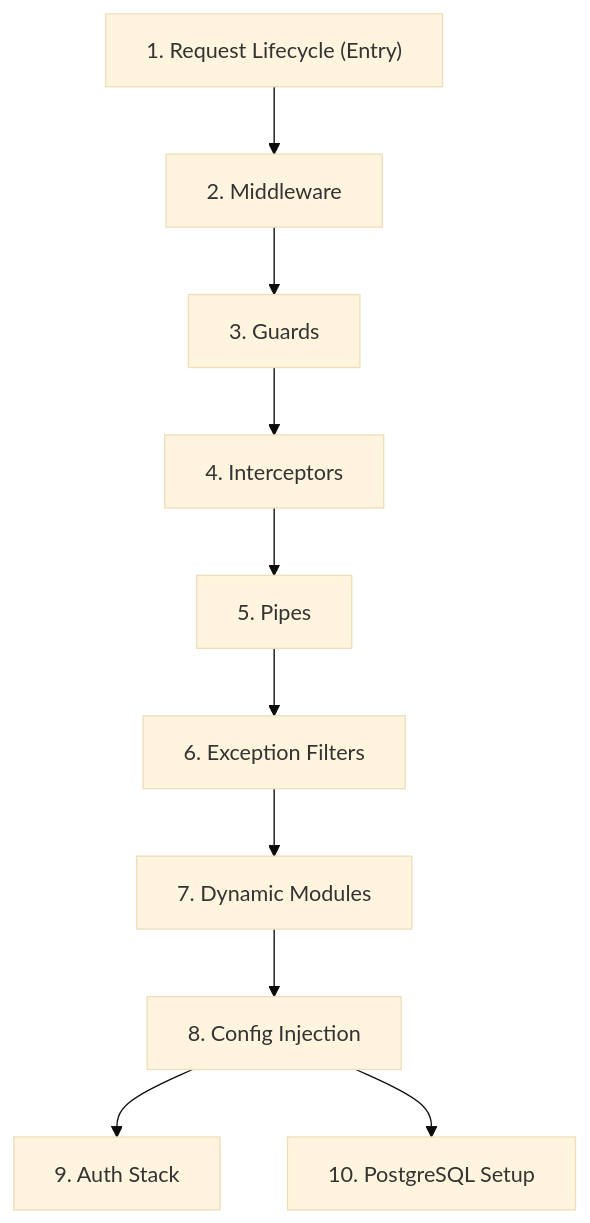
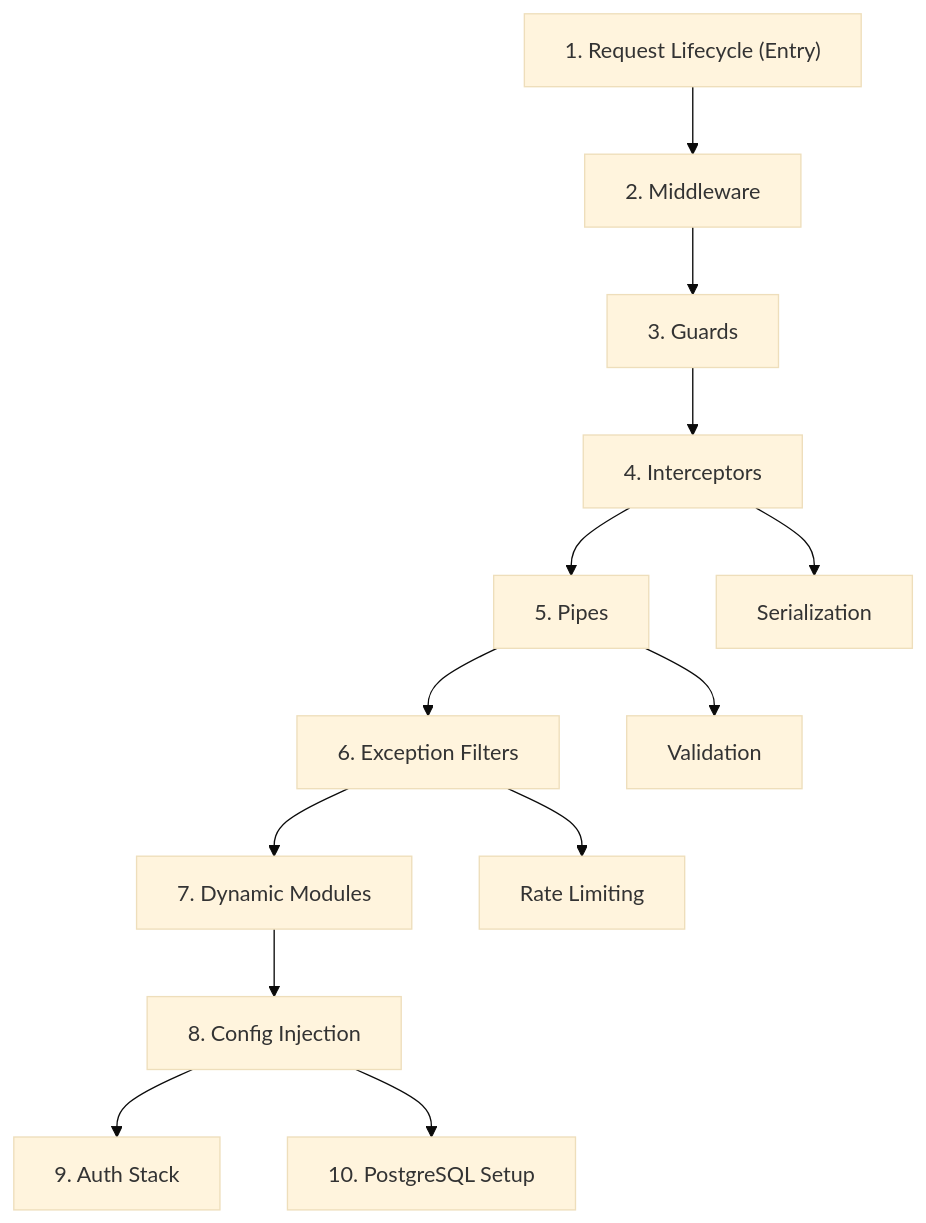
Before and after one commit to LOsioChico/knowledge-base: the diagram in sites/docs/src/content/docs/nestjs/index.mdx, drawn with Mermaid (base theme). The commit also changed 18 other files, not shown here.

````diff
--- a/sites/docs/src/content/docs/nestjs/index.mdx
+++ b/sites/docs/src/content/docs/nestjs/index.mdx
@@ -22,12 +22,29 @@
 ```mermaid
 flowchart TD
     RL["1. Request Lifecycle (Entry)"] --> MW["2. Middleware"]
     MW --> G["3. Guards"]
     G --> I["4. Interceptors"]
     I --> P["5. Pipes"]
     P --> EF["6. Exception Filters"]
     EF --> DM["7. Dynamic Modules"]
     DM --> CFG["8. Config Injection"]
     CFG --> AUTH["9. Auth Stack"]
     CFG --> DB["10. PostgreSQL Setup"]
+    P --> VAL["Validation"]
+    I --> SER["Serialization"]
+    EF --> RATE["Rate Limiting"]
+
+    click RL "/knowledge-base/nestjs/fundamentals/request-lifecycle/"
+    click MW "/knowledge-base/nestjs/fundamentals/middleware/"
+    click G "/knowledge-base/nestjs/fundamentals/guards/"
+    click I "/knowledge-base/nestjs/fundamentals/interceptors/"
+    click P "/knowledge-base/nestjs/fundamentals/pipes/"
+    click EF "/knowledge-base/nestjs/fundamentals/exception-filters/"
+    click DM "/knowledge-base/nestjs/recipes/dynamic-modules/"
+    click CFG "/knowledge-base/nestjs/recipes/configuration/"
+    click AUTH "/knowledge-base/nestjs/auth/jwt-strategy/"
+    click DB "/knowledge-base/nestjs/data/typeorm/postgresql-setup/"
+    click VAL "/knowledge-base/nestjs/recipes/validation/"
+    click SER "/knowledge-base/nestjs/recipes/serialization/"
+    click RATE "/knowledge-base/nestjs/recipes/rate-limiting/"
 ```
````
